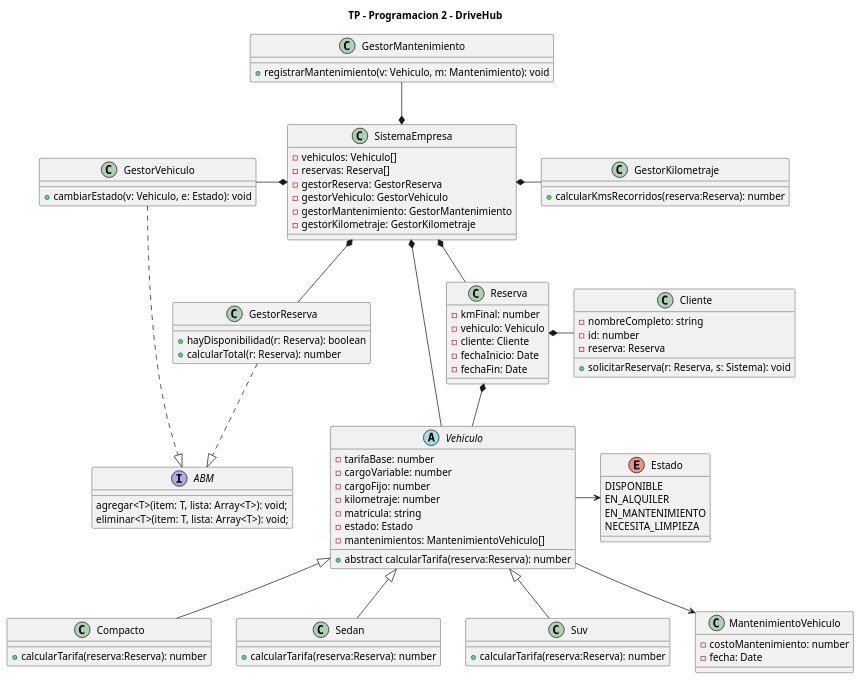
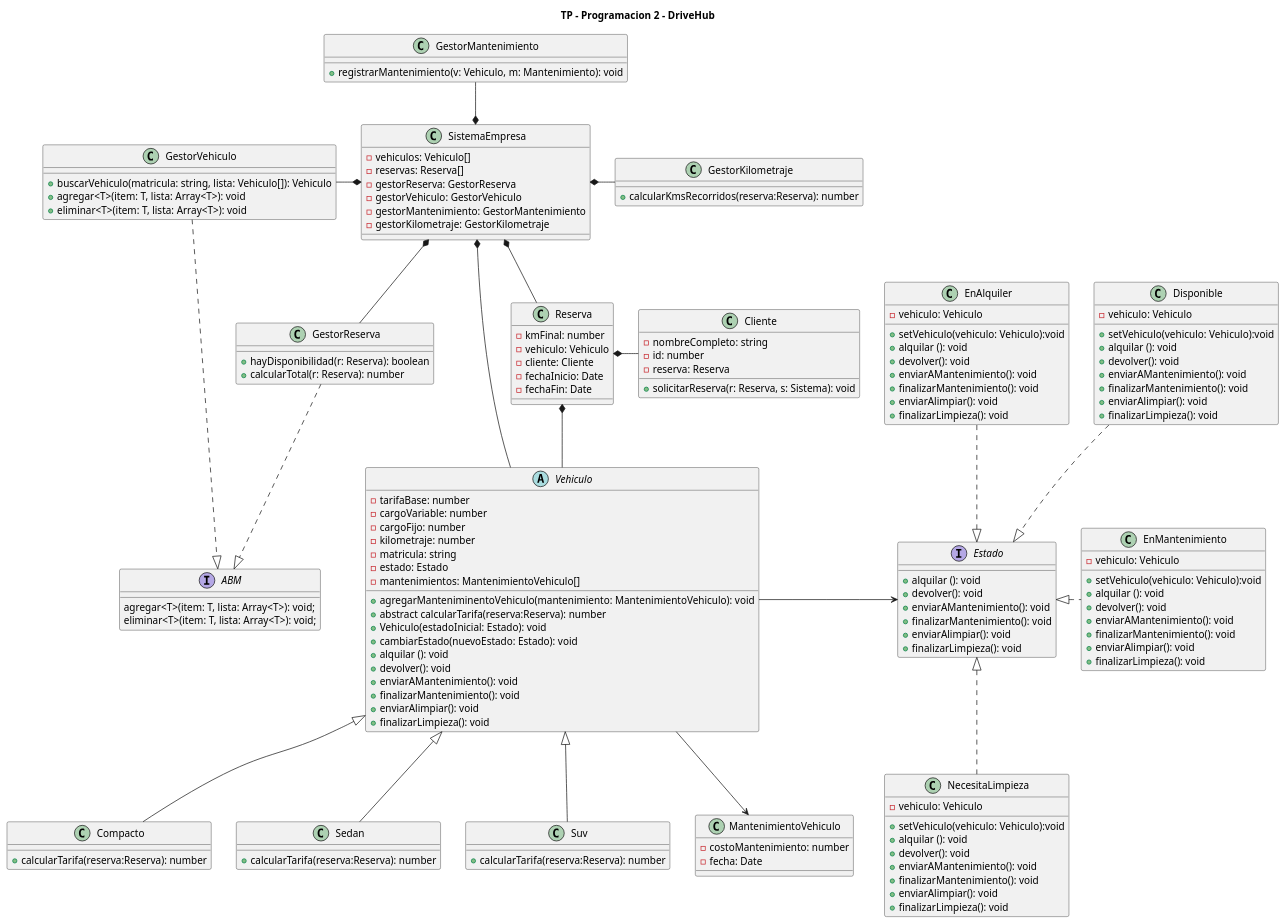
One commit to LauEroles/TP-Progra2-DriveHub changed the diagram in Diagramas/diagramaClases-DriveHub.puml. Above: the diagram before and after it, drawn with PlantUML. The commit also changed 8 other files, not shown here.

```diff
--- a/Diagramas/diagramaClases-DriveHub.puml
+++ b/Diagramas/diagramaClases-DriveHub.puml
@@ -42,7 +42,16 @@
     - matricula: string
     - estado: Estado
     - mantenimientos: MantenimientoVehiculo[]
+    + agregarManteniminentoVehiculo(mantenimiento: MantenimientoVehiculo): void
     + abstract calcularTarifa(reserva:Reserva): number
+    + Vehiculo(estadoInicial: Estado): void
+    + cambiarEstado(nuevoEstado: Estado): void
+    + alquilar (): void
+    + devolver(): void
+    + enviarAMantenimiento(): void
+    + finalizarMantenimiento(): void
+    + enviarAlimpiar(): void
+    + finalizarLimpieza(): void
 }
 
 class Compacto {
@@ -57,14 +66,6 @@
     + calcularTarifa(reserva:Reserva): number
 }
 
-'Atributo de vehiculo
-enum Estado {
-    DISPONIBLE
-    EN_ALQUILER
-    EN_MANTENIMIENTO
-    NECESITA_LIMPIEZA
-}
-
 'Atributo del vehiculo
 class MantenimientoVehiculo {
     - costoMantenimiento: number
@@ -73,8 +74,68 @@
 
 
 class GestorVehiculo {
-    + cambiarEstado(v: Vehiculo, e: Estado): void  
-    ' Le cambia el Estado (enum) a un vehiculo (a traves de su setter)
+    + buscarVehiculo(matricula: string, lista: Vehiculo[]): Vehiculo
+    + agregar<T>(item: T, lista: Array<T>): void
+    + eliminar<T>(item: T, lista: Array<T>): void
+}
+
+'Implementacion del patro state para el estado del vehiculo
+interface Estado{
+    + alquilar (): void
+    + devolver(): void
+    + enviarAMantenimiento(): void
+    + finalizarMantenimiento(): void
+    + enviarAlimpiar(): void
+    + finalizarLimpieza(): void
+   
+}
+
+class Disponible {
+    - vehiculo: Vehiculo
+    + setVehiculo(vehiculo: Vehiculo):void
+    + alquilar (): void
+    + devolver(): void
+    + enviarAMantenimiento(): void
+    + finalizarMantenimiento(): void
+    + enviarAlimpiar(): void
+    + finalizarLimpieza(): void
+    
+}
+
+class EnAlquiler {   
+    - vehiculo: Vehiculo
+    + setVehiculo(vehiculo: Vehiculo):void
+    + alquilar (): void
+    + devolver(): void
+    + enviarAMantenimiento(): void
+    + finalizarMantenimiento(): void
+    + enviarAlimpiar(): void
+    + finalizarLimpieza(): void
+    
+}
+
+class EnMantenimiento {
+    - vehiculo: Vehiculo
+    + setVehiculo(vehiculo: Vehiculo):void
+    + alquilar (): void
+    + devolver(): void
+    + enviarAMantenimiento(): void
+    + finalizarMantenimiento(): void
+    + enviarAlimpiar(): void
+    + finalizarLimpieza(): void
+    
+}
+
+class NecesitaLimpieza {
+    - vehiculo: Vehiculo
+    + setVehiculo(vehiculo: Vehiculo):void
+    + alquilar (): void
+    + devolver(): void
+    + enviarAMantenimiento(): void
+    + finalizarMantenimiento(): void
+    + enviarAlimpiar(): void
+    + finalizarLimpieza(): void
+    
 }
 
 
@@ -138,4 +199,10 @@
 ABM <|.u. GestorVehiculo
 
 
+Disponible .d.|> Estado
+EnAlquiler ..|> Estado
+EnMantenimiento .l.|> Estado
+NecesitaLimpieza .u.|> Estado
+
+
 @enduml
```
